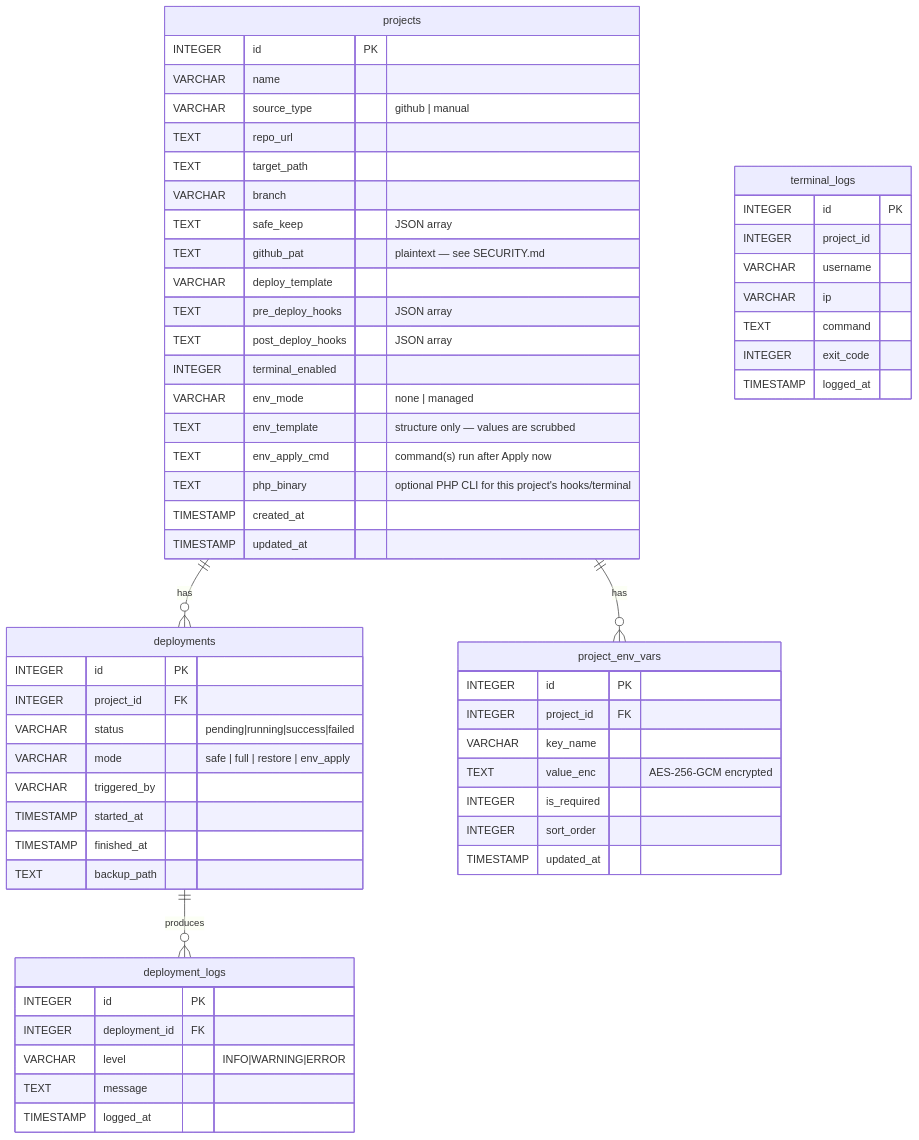
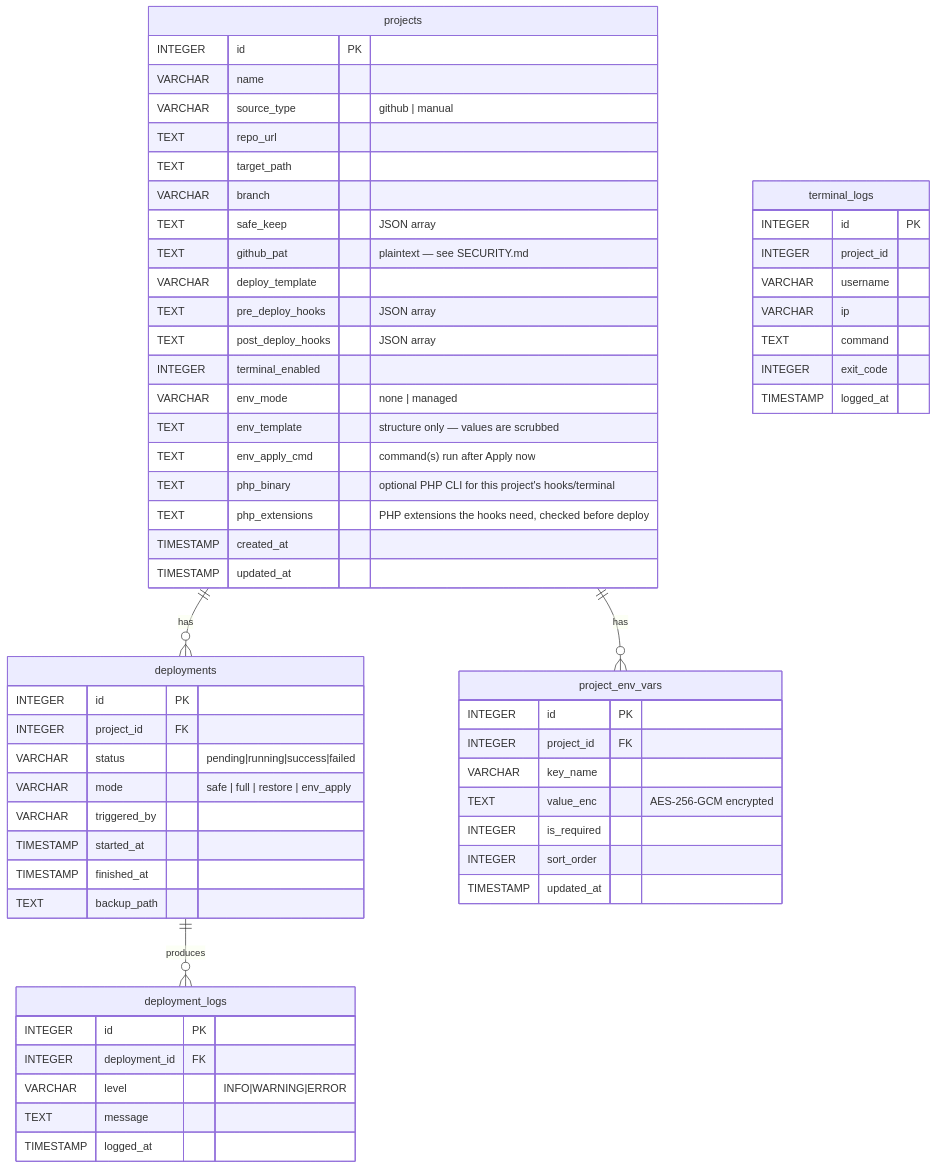
One commit to tumbujohn/TeraPH-Web-Deployer changed the second of 3 diagrams in docs/ARCHITECTURE.md. Above: the diagram before and after it, drawn with Mermaid. The commit also changed other lines of this file and 17 other files, not shown here.

````diff
--- a/docs/ARCHITECTURE.md
+++ b/docs/ARCHITECTURE.md
@@ -153,66 +154,67 @@
 ```mermaid
 erDiagram
     projects ||--o{ deployments : "has"
     projects ||--o{ project_env_vars : "has"
     deployments ||--o{ deployment_logs : "produces"
 
     projects {
         INTEGER id PK
         VARCHAR name
         VARCHAR source_type "github | manual"
         TEXT repo_url
         TEXT target_path
         VARCHAR branch
         TEXT safe_keep "JSON array"
         TEXT github_pat "plaintext — see SECURITY.md"
         VARCHAR deploy_template
         TEXT pre_deploy_hooks "JSON array"
         TEXT post_deploy_hooks "JSON array"
         INTEGER terminal_enabled
         VARCHAR env_mode "none | managed"
         TEXT env_template "structure only — values are scrubbed"
         TEXT env_apply_cmd "command(s) run after Apply now"
         TEXT php_binary "optional PHP CLI for this project's hooks/terminal"
+        TEXT php_extensions "PHP extensions the hooks need, checked before deploy"
         TIMESTAMP created_at
         TIMESTAMP updated_at
     }
 
     deployments {
         INTEGER id PK
         INTEGER project_id FK
         VARCHAR status "pending|running|success|failed"
         VARCHAR mode "safe | full | restore | env_apply"
         VARCHAR triggered_by
         TIMESTAMP started_at
         TIMESTAMP finished_at
         TEXT backup_path
     }
 
     deployment_logs {
         INTEGER id PK
         INTEGER deployment_id FK
         VARCHAR level "INFO|WARNING|ERROR"
         TEXT message
         TIMESTAMP logged_at
     }
 
     project_env_vars {
         INTEGER id PK
         INTEGER project_id FK
         VARCHAR key_name
         TEXT value_enc "AES-256-GCM encrypted"
         INTEGER is_required
         INTEGER sort_order
         TIMESTAMP updated_at
     }
 
     terminal_logs {
         INTEGER id PK
         INTEGER project_id
         VARCHAR username
         VARCHAR ip
         TEXT command
         INTEGER exit_code
         TIMESTAMP logged_at
     }
 ```
````
